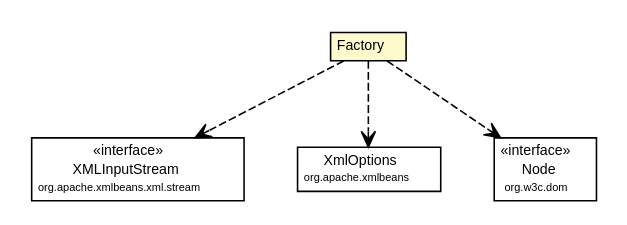
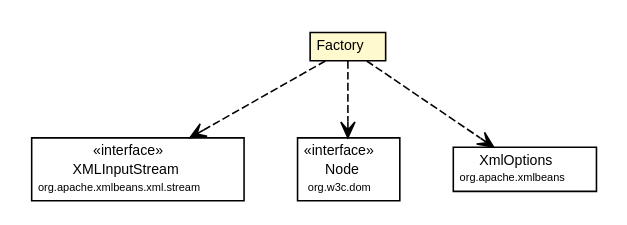
The diagram in site/apidocs/org/synchronoss/cpo/util/cpoUtilConfig/CtDataConfig.Factory.dot (synchronoss/cpo-util), drawn with Graphviz before and after one commit. The commit also changed 298 other files, not shown here.

Commit message:
Creating site for cpoUtil, 5.1.1-SNAPSHOT

```diff
--- a/site/apidocs/org/synchronoss/cpo/util/cpoUtilConfig/CtDataConfig.Factory.dot
+++ b/site/apidocs/org/synchronoss/cpo/util/cpoUtilConfig/CtDataConfig.Factory.dot
@@ -1,45 +1,45 @@
 #!/usr/local/bin/dot
 #
 # Class diagram 
 # Generated by UmlGraph version 4.6 (http://www.spinellis.gr/sw/umlgraph)
 #
 
 digraph G {
 	edge [fontname="Helvetica",fontsize=10,labelfontname="Helvetica",labelfontsize=10];
 	node [fontname="Helvetica",fontsize=10,shape=plaintext];
 	// org.synchronoss.cpo.util.cpoUtilConfig.CtDataConfig.Factory
 	c4689 [label=<<table border="0" cellborder="1" cellspacing="0" cellpadding="2" port="p" bgcolor="lemonChiffon" href="./CtDataConfig.Factory.html">
 		<tr><td><table border="0" cellspacing="0" cellpadding="1">
 			<tr><td> Factory </td></tr>
 		</table></td></tr>
 		</table>>, fontname="Helvetica", fontcolor="black", fontsize=9.0];
 	// org.synchronoss.cpo.util.cpoUtilConfig.CtDataConfig.Factory DEPEND org.apache.xmlbeans.xml.stream.XMLInputStream
 	c4689:p -> c4706:p [taillabel="", label="", headlabel="", fontname="Helvetica", fontcolor="black", fontsize=10.0, color="black", arrowhead=open, style=dashed];
+	// org.synchronoss.cpo.util.cpoUtilConfig.CtDataConfig.Factory DEPEND org.w3c.dom.Node
+	c4689:p -> c4707:p [taillabel="", label="", headlabel="", fontname="Helvetica", fontcolor="black", fontsize=10.0, color="black", arrowhead=open, style=dashed];
 	// org.synchronoss.cpo.util.cpoUtilConfig.CtDataConfig.Factory DEPEND org.apache.xmlbeans.XmlOptions
-	c4689:p -> c4709:p [taillabel="", label="", headlabel="", fontname="Helvetica", fontcolor="black", fontsize=10.0, color="black", arrowhead=open, style=dashed];
-	// org.synchronoss.cpo.util.cpoUtilConfig.CtDataConfig.Factory DEPEND org.w3c.dom.Node
 	c4689:p -> c4710:p [taillabel="", label="", headlabel="", fontname="Helvetica", fontcolor="black", fontsize=10.0, color="black", arrowhead=open, style=dashed];
 	// org.apache.xmlbeans.xml.stream.XMLInputStream
 	c4706 [label=<<table border="0" cellborder="1" cellspacing="0" cellpadding="2" port="p" href="http://java.sun.com/j2se/1.4.2/docs/api/org/apache/xmlbeans/xml/stream/XMLInputStream.html">
 		<tr><td><table border="0" cellspacing="0" cellpadding="1">
 			<tr><td> &laquo;interface&raquo; </td></tr>
 			<tr><td> XMLInputStream </td></tr>
 			<tr><td><font point-size="7.0"> org.apache.xmlbeans.xml.stream </font></td></tr>
 		</table></td></tr>
 		</table>>, fontname="Helvetica", fontcolor="black", fontsize=9.0];
 	// org.w3c.dom.Node
-	c4710 [label=<<table border="0" cellborder="1" cellspacing="0" cellpadding="2" port="p" href="http://java.sun.com/j2se/1.4.2/docs/api/org/w3c/dom/Node.html">
+	c4707 [label=<<table border="0" cellborder="1" cellspacing="0" cellpadding="2" port="p" href="http://java.sun.com/j2se/1.4.2/docs/api/org/w3c/dom/Node.html">
 		<tr><td><table border="0" cellspacing="0" cellpadding="1">
 			<tr><td> &laquo;interface&raquo; </td></tr>
 			<tr><td> Node </td></tr>
 			<tr><td><font point-size="7.0"> org.w3c.dom </font></td></tr>
 		</table></td></tr>
 		</table>>, fontname="Helvetica", fontcolor="black", fontsize=9.0];
 	// org.apache.xmlbeans.XmlOptions
-	c4709 [label=<<table border="0" cellborder="1" cellspacing="0" cellpadding="2" port="p" href="http://java.sun.com/j2se/1.4.2/docs/api/org/apache/xmlbeans/XmlOptions.html">
+	c4710 [label=<<table border="0" cellborder="1" cellspacing="0" cellpadding="2" port="p" href="http://java.sun.com/j2se/1.4.2/docs/api/org/apache/xmlbeans/XmlOptions.html">
 		<tr><td><table border="0" cellspacing="0" cellpadding="1">
 			<tr><td> XmlOptions </td></tr>
 			<tr><td><font point-size="7.0"> org.apache.xmlbeans </font></td></tr>
 		</table></td></tr>
 		</table>>, fontname="Helvetica", fontcolor="black", fontsize=9.0];
 }
```
